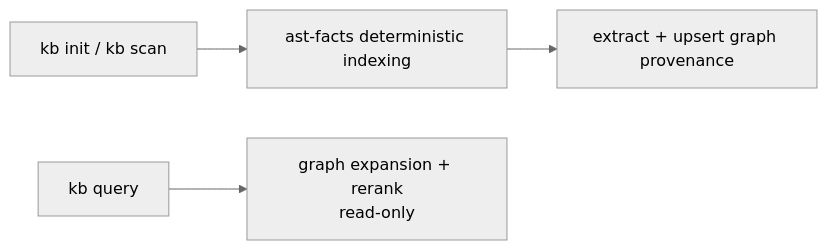
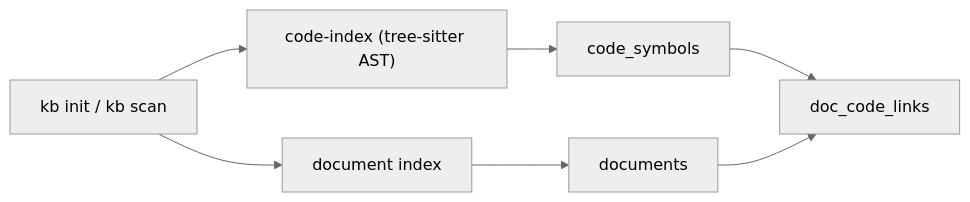
Before and after one commit to rosenjcb/kb: the diagram in packages/kb-core/src/tools/GRAPH.md, drawn with Mermaid (neutral theme). The commit also changed other lines of this file and 250 other files, not shown here.

First line of the commit message:
feat!: index whole documents and symbols; drop the fact graph (#213)

````diff
--- a/packages/kb-core/src/tools/GRAPH.md
+++ b/packages/kb-core/src/tools/GRAPH.md
@@ -43,6 +42,9 @@
 ```mermaid
 flowchart LR
-  I["kb init / kb scan"] --> AF["ast-facts deterministic indexing"]
-  AF --> SG["extract + upsert graph provenance"]
-  Q["kb query"] --> QG["graph expansion + rerank\nread-only"]
+  I["kb init / kb scan"] --> CI["code-index (tree-sitter AST)"]
+  CI --> S["code_symbols"]
+  I --> DI["document index"]
+  DI --> D["documents"]
+  S --> LK["doc_code_links"]
+  D --> LK
 ```
````
